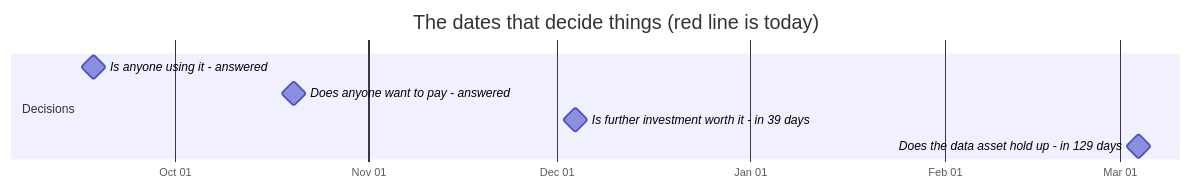
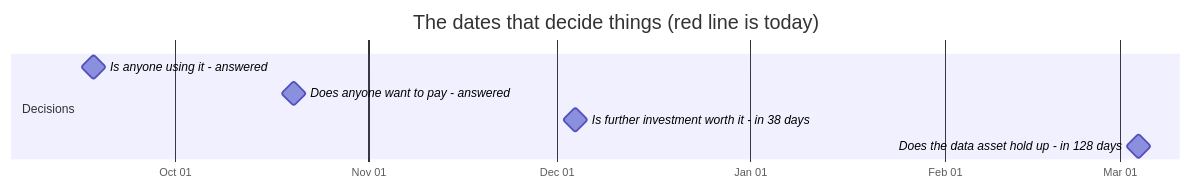
The first of 2 diagrams in docs/OWNER.md (jakegu1/vetagent), drawn with Mermaid before and after one commit. The commit also changed other lines of this file, not shown here.

````diff
--- a/docs/OWNER.md
+++ b/docs/OWNER.md
@@ -67,12 +67,12 @@
 ```mermaid
 gantt
     dateFormat YYYY-MM-DD
     axisFormat %b %d
     todayMarker stroke-width:3px,stroke:#d33,stroke-dasharray:0
     title The dates that decide things (red line is today)
     section Decisions
     Is anyone using it - answered :milestone, 2026-09-18, 0d
     Does anyone want to pay - answered :milestone, 2026-10-20, 0d
-    Is further investment worth it - in 39 days :milestone, 2026-12-04, 0d
-    Does the data asset hold up - in 129 days :milestone, 2027-03-04, 0d
+    Is further investment worth it - in 38 days :milestone, 2026-12-04, 0d
+    Does the data asset hold up - in 128 days :milestone, 2027-03-04, 0d
 ```
````
